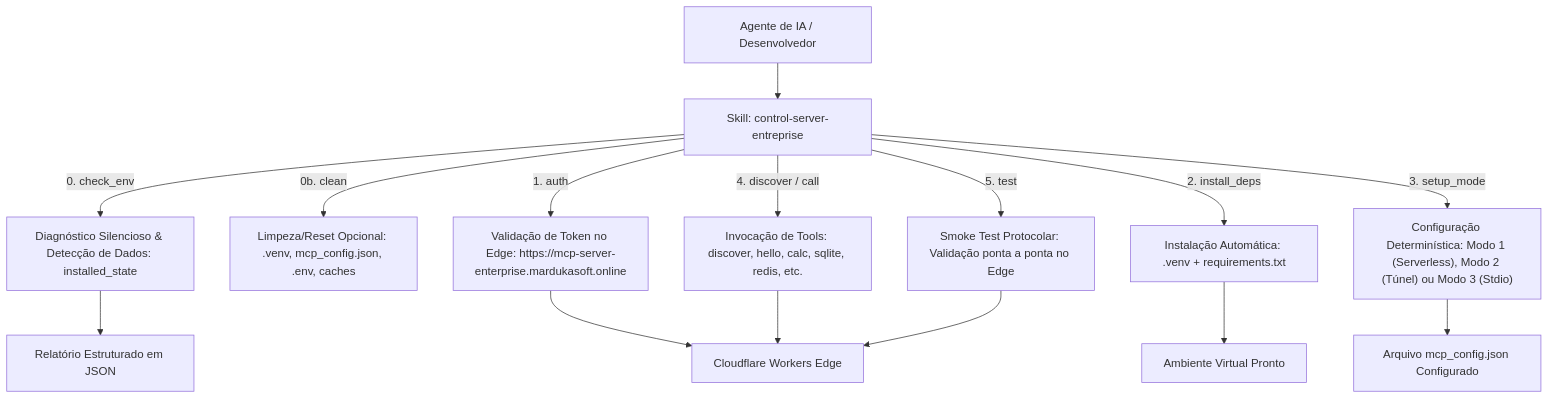
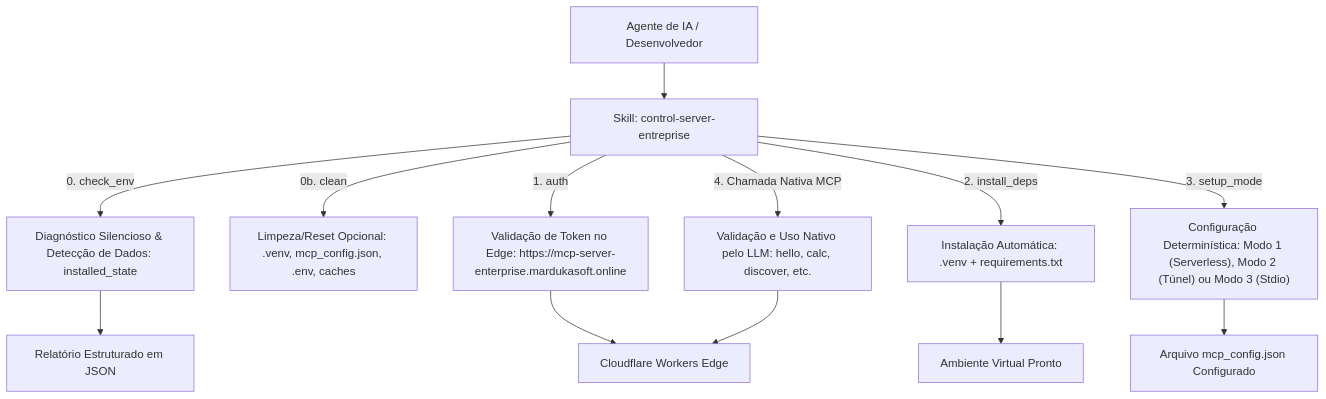
One commit to Eduardo-Rezende-MDK/mcp-server-enterprise-blueprint changed the diagram in .agents/skills/control-server-entreprise/SKILL.md. Above: the diagram before and after it, drawn with Mermaid. The commit also changed other lines of this file and 13 other files, not shown here.

````diff
--- a/.agents/skills/control-server-entreprise/SKILL.md
+++ b/.agents/skills/control-server-entreprise/SKILL.md
@@ -21,19 +23,17 @@
 ```mermaid
 flowchart TD
     A["Agente de IA / Desenvolvedor"] --> B["Skill: control-server-entreprise"]
     
     B -->|"0. check_env"| D["Diagnóstico Silencioso & Detecção de Dados: installed_state"]
     B -->|"0b. clean"| K0["Limpeza/Reset Opcional: .venv, mcp_config.json, .env, caches"]
     B -->|"1. auth"| C["Validação de Token no Edge: https://mcp-server-enterprise.mardukasoft.online"]
     B -->|"2. install_deps"| E["Instalação Automática: .venv + requirements.txt"]
     B -->|"3. setup_mode"| F["Configuração Determinística: Modo 1 (Serverless), Modo 2 (Túnel) ou Modo 3 (Stdio)"]
-    B -->|"4. discover / call"| G["Invocação de Tools: discover, hello, calc, sqlite, redis, etc."]
-    B -->|"5. test"| H["Smoke Test Protocolar: Validação ponta a ponta no Edge"]
+    B -->|"4. Chamada Nativa MCP"| G["Validação e Uso Nativo pelo LLM: hello, calc, discover, etc."]
     
     C --> I["Cloudflare Workers Edge"]
     D --> J["Relatório Estruturado em JSON"]
     E --> K["Ambiente Virtual Pronto"]
     F --> L["Arquivo mcp_config.json Configurado"]
     G --> I
-    H --> I
 ```
````
